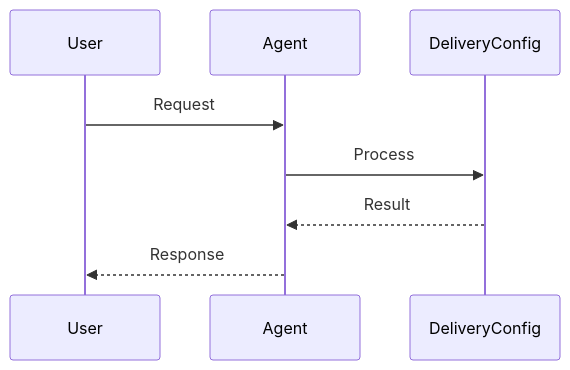
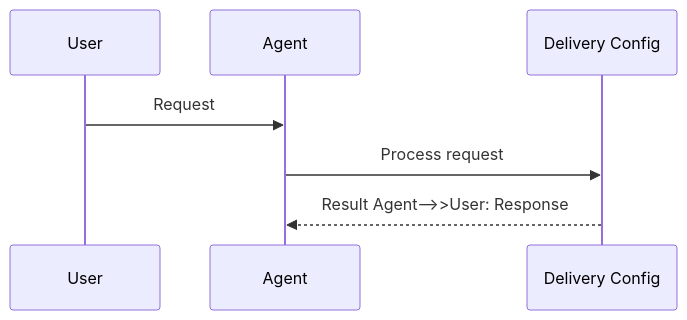
Before and after one commit to MervinPraison/PraisonAIDocs: the second of 3 diagrams in docs/features/delivery-config.mdx, drawn with Mermaid. The commit also changed 204 other files, not shown here.

First line of the commit message:
docs: align feature/tool pages with AGENTS.md hero + sequence + import standards (fixes #1775)

````diff
--- a/docs/features/delivery-config.mdx
+++ b/docs/features/delivery-config.mdx
@@ -51,11 +51,10 @@
 ```mermaid
 sequenceDiagram
     participant User
     participant Agent
-    participant DeliveryConfig
+    participant Feature as Delivery Config
 
     User->>Agent: Request
-    Agent->>DeliveryConfig: Process
-    DeliveryConfig-->>Agent: Result
-    Agent-->>User: Response
+    Agent->>Feature: Process request
+    Feature-->>Agent: Result    Agent-->>User: Response
 ```
````
